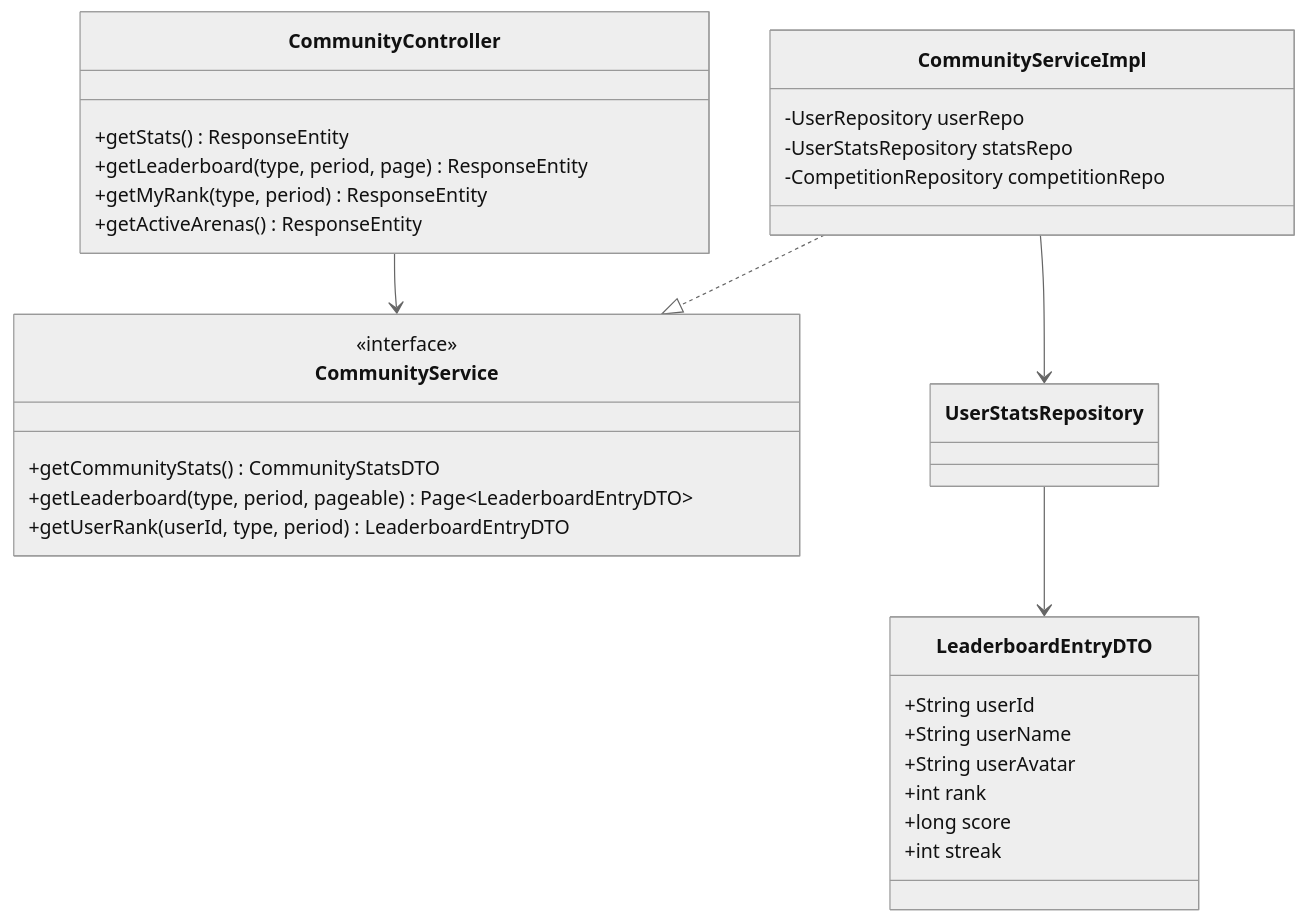
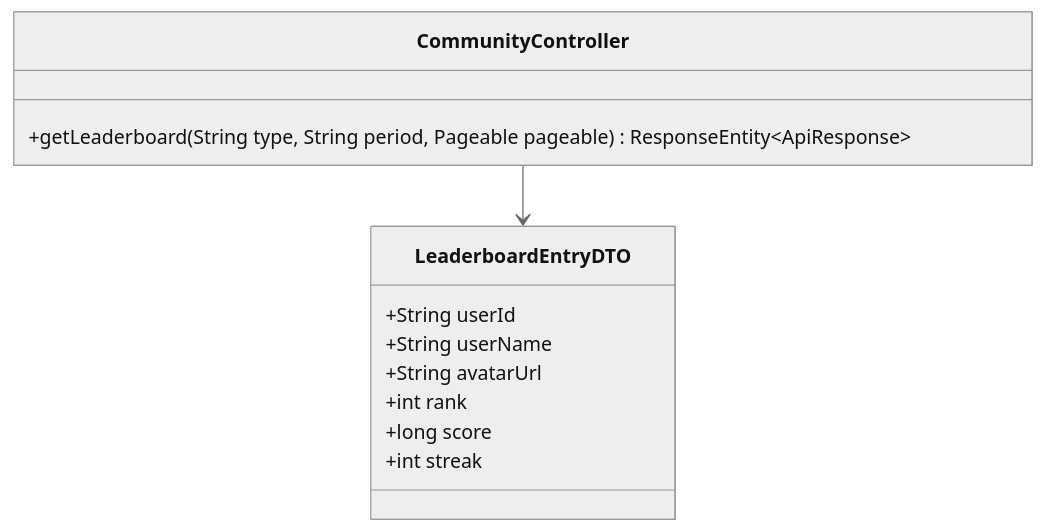
Before and after one commit to The-MC-Hub/MC_Voice_Training_Backend: the third of 10 diagrams in docs/use-cases/UC-05-community-leaderboard.md, drawn with Mermaid (neutral theme). The commit also changed other lines of this file and 12 other files, not shown here.

Commit message:
docs(use-cases): fully expand all sub-use-cases across all 13 UC files with dedicated Class Diagrams, Sequence Diagrams, and Unit Tests

````diff
--- a/docs/use-cases/UC-05-community-leaderboard.md
+++ b/docs/use-cases/UC-05-community-leaderboard.md
@@ -27,36 +56,15 @@
 ```mermaid
 classDiagram
     class CommunityController {
-        +getStats() ResponseEntity
-        +getLeaderboard(type, period, page) ResponseEntity
-        +getMyRank(type, period) ResponseEntity
-        +getActiveArenas() ResponseEntity
+        +getLeaderboard(String type, String period, Pageable pageable) ResponseEntity~ApiResponse~
     }
-
-    class CommunityService {
-        <<interface>>
-        +getCommunityStats() CommunityStatsDTO
-        +getLeaderboard(type, period, pageable) Page~LeaderboardEntryDTO~
-        +getUserRank(userId, type, period) LeaderboardEntryDTO
-    }
-
-    class CommunityServiceImpl {
-        -UserRepository userRepo
-        -UserStatsRepository statsRepo
-        -CompetitionRepository competitionRepo
-    }
-
     class LeaderboardEntryDTO {
         +String userId
         +String userName
-        +String userAvatar
+        +String avatarUrl
         +int rank
         +long score
         +int streak
     }
-
-    CommunityController --> CommunityService
-    CommunityServiceImpl ..|> CommunityService
-    CommunityServiceImpl --> UserStatsRepository
-    UserStatsRepository --> LeaderboardEntryDTO
+    CommunityController --> LeaderboardEntryDTO
 ```
````
